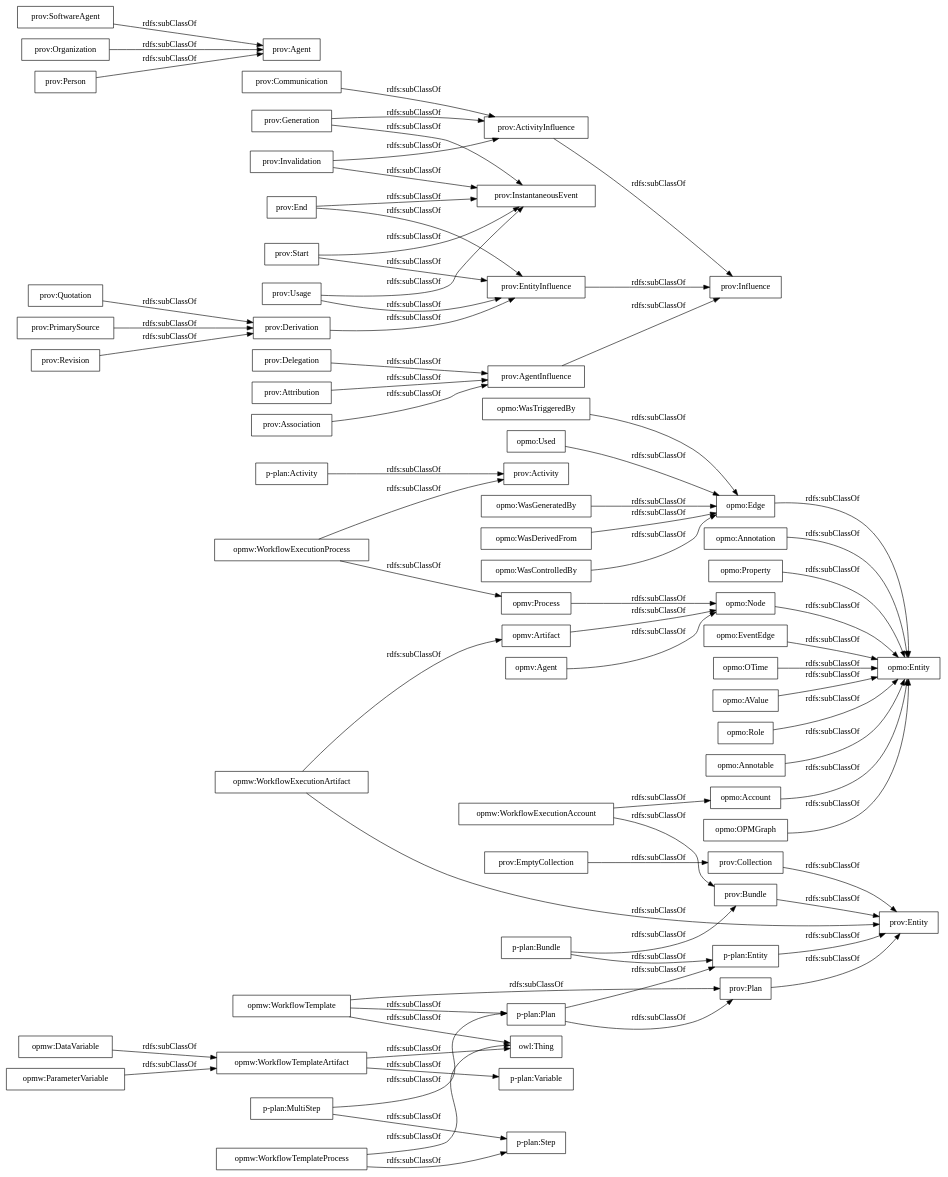
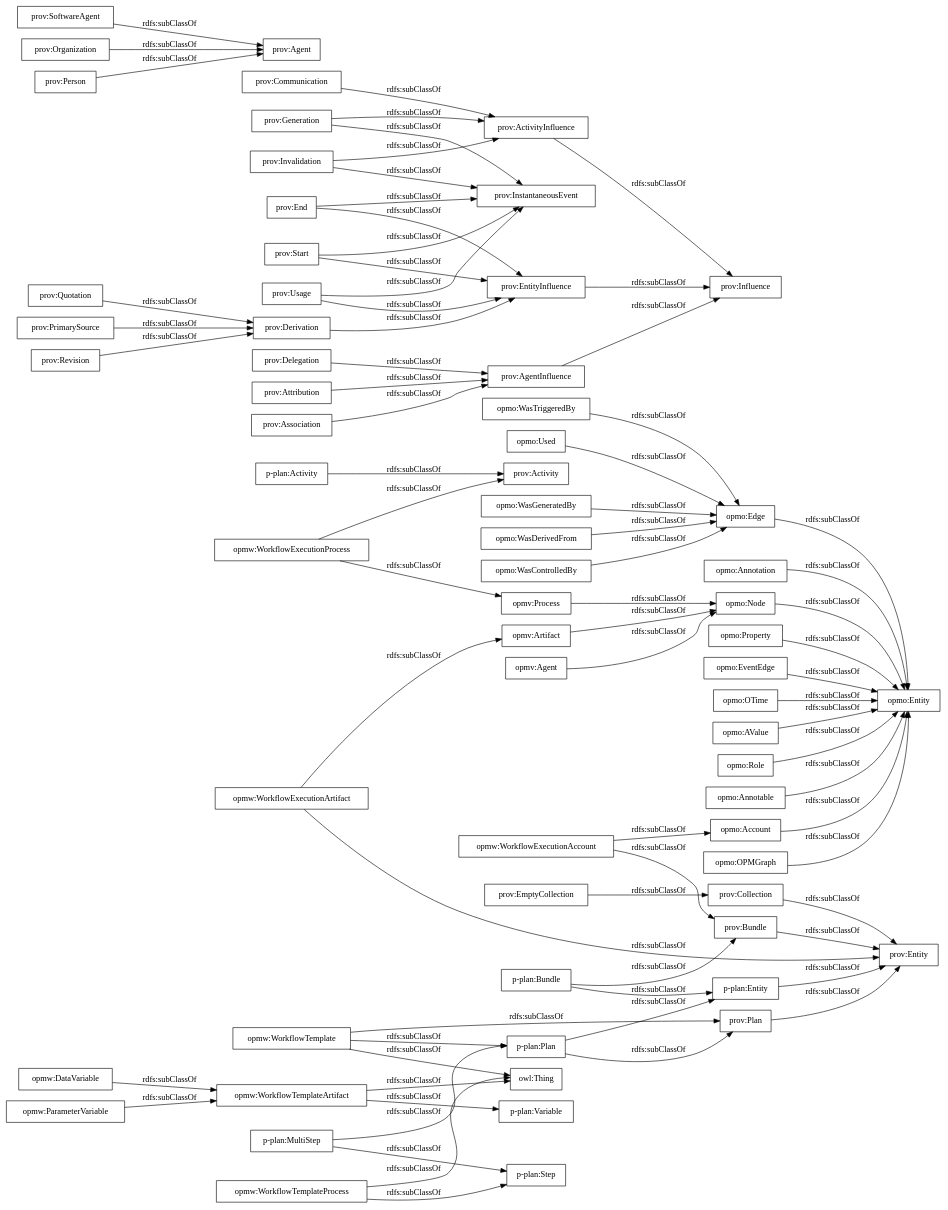
Before and after one commit to OnToologyUser/Vocabularies-1: the diagram in OnToology/OPMW/opmw3.1.owl/diagrams/ar2dtool-taxonomy/opmw3.1.owl.png.dot, drawn with Graphviz. The commit also changed 259 other files, not shown here.

```diff
--- a/OnToology/OPMW/opmw3.1.owl/diagrams/ar2dtool-taxonomy/opmw3.1.owl.png.dot
+++ b/OnToology/OPMW/opmw3.1.owl/diagrams/ar2dtool-taxonomy/opmw3.1.owl.png.dot
@@ -1,76 +1,76 @@
 digraph ar2dtool_diagram { 
 rankdir=LR;
 size="1000"
-node [shape = rectangle, color="black"]; "opmw:WorkflowExecutionAccount" "opmv:Process" "opmo:OPMGraph" "opmw:WorkflowTemplate" "opmw:DataVariable" "opmw:WorkflowTemplateArtifact" "opmw:WorkflowExecutionProcess" "opmw:ParameterVariable" "opmw:WorkflowExecutionArtifact" "opmw:WorkflowTemplateProcess" "opmo:Account" "opmv:Artifact" "p-plan:MultiStep" "p-plan:Activity" "p-plan:Step" "p-plan:Entity" "p-plan:Bundle" "prov:Bundle" "prov:Entity" "p-plan:Plan" "prov:Plan" "prov:Activity" "p-plan:Variable" "prov:Influence" "prov:End" "prov:Agent" "prov:Derivation" "prov:Quotation" "prov:Collection" "prov:InstantaneousEvent" "prov:Delegation" "prov:Invalidation" "prov:Usage" "prov:SoftwareAgent" "prov:Attribution" "prov:PrimarySource" "owl:Thing" "prov:ActivityInfluence" "prov:Organization" "prov:EmptyCollection" "prov:Revision" "prov:Communication" "prov:Association" "prov:Start" "prov:EntityInfluence" "prov:AgentInfluence" "prov:Generation" "prov:Person" "opmo:Annotation" "opmo:Property" "opmo:Edge" "opmo:EventEdge" "opmo:Used" "opmo:OTime" "opmo:WasGeneratedBy" "opmo:Node" "opmo:AValue" "opmo:Role" "opmo:Entity" "opmv:Agent" "opmo:WasDerivedFrom" "opmo:WasControlledBy" "opmo:Annotable" "opmo:WasTriggeredBy" ; /*classes style*/
+node [shape = rectangle, color="black"]; "opmw:WorkflowExecutionAccount" "opmv:Process" "opmo:OPMGraph" "opmw:WorkflowTemplate" "opmw:DataVariable" "opmw:WorkflowTemplateArtifact" "opmw:WorkflowExecutionProcess" "opmw:ParameterVariable" "opmw:WorkflowExecutionArtifact" "opmw:WorkflowTemplateProcess" "opmo:Account" "opmv:Artifact" "p-plan:MultiStep" "p-plan:Activity" "p-plan:Step" "p-plan:Entity" "p-plan:Bundle" "prov:Bundle" "prov:Entity" "p-plan:Plan" "prov:Plan" "prov:Activity" "p-plan:Variable" "prov:Influence" "prov:End" "prov:Agent" "prov:Derivation" "prov:Quotation" "prov:Collection" "prov:InstantaneousEvent" "prov:Delegation" "prov:Invalidation" "prov:Usage" "prov:SoftwareAgent" "prov:Attribution" "prov:PrimarySource" "owl:Thing" "prov:ActivityInfluence" "prov:Organization" "prov:EmptyCollection" "prov:Revision" "prov:Communication" "prov:Association" "prov:Start" "prov:EntityInfluence" "prov:AgentInfluence" "prov:Generation" "prov:Person" "opmo:Annotation" "opmo:Edge" "opmo:Property" "opmo:EventEdge" "opmo:Used" "opmo:OTime" "opmo:WasGeneratedBy" "opmo:Node" "opmo:AValue" "opmo:Role" "opmo:Entity" "opmv:Agent" "opmo:WasDerivedFrom" "opmo:WasControlledBy" "opmo:Annotable" "opmo:WasTriggeredBy" ; /*classes style*/
 	"prov:Plan" -> "prov:Entity" [ label = "rdfs:subClassOf" ];
 	"opmo:Annotation" -> "opmo:Entity" [ label = "rdfs:subClassOf" ];
 	"prov:Invalidation" -> "prov:ActivityInfluence" [ label = "rdfs:subClassOf" ];
 	"prov:Invalidation" -> "prov:InstantaneousEvent" [ label = "rdfs:subClassOf" ];
 	"prov:Quotation" -> "prov:Derivation" [ label = "rdfs:subClassOf" ];
 	"opmo:AValue" -> "opmo:Entity" [ label = "rdfs:subClassOf" ];
 	"prov:Communication" -> "prov:ActivityInfluence" [ label = "rdfs:subClassOf" ];
 	"prov:ActivityInfluence" -> "prov:Influence" [ label = "rdfs:subClassOf" ];
 	"opmw:WorkflowExecutionProcess" -> "prov:Activity" [ label = "rdfs:subClassOf" ];
 	"opmw:WorkflowExecutionProcess" -> "opmv:Process" [ label = "rdfs:subClassOf" ];
 	"opmo:Property" -> "opmo:Entity" [ label = "rdfs:subClassOf" ];
 	"opmo:WasGeneratedBy" -> "opmo:Edge" [ label = "rdfs:subClassOf" ];
 	"prov:SoftwareAgent" -> "prov:Agent" [ label = "rdfs:subClassOf" ];
 	"opmo:Annotable" -> "opmo:Entity" [ label = "rdfs:subClassOf" ];
 	"opmv:Artifact" -> "opmo:Node" [ label = "rdfs:subClassOf" ];
 	"prov:PrimarySource" -> "prov:Derivation" [ label = "rdfs:subClassOf" ];
 	"p-plan:Entity" -> "prov:Entity" [ label = "rdfs:subClassOf" ];
 	"opmw:WorkflowTemplate" -> "prov:Plan" [ label = "rdfs:subClassOf" ];
 	"opmw:WorkflowTemplate" -> "owl:Thing" [ label = "rdfs:subClassOf" ];
 	"opmw:WorkflowTemplate" -> "p-plan:Plan" [ label = "rdfs:subClassOf" ];
 	"opmo:WasDerivedFrom" -> "opmo:Edge" [ label = "rdfs:subClassOf" ];
 	"opmo:EventEdge" -> "opmo:Entity" [ label = "rdfs:subClassOf" ];
 	"prov:Attribution" -> "prov:AgentInfluence" [ label = "rdfs:subClassOf" ];
 	"p-plan:MultiStep" -> "p-plan:Step" [ label = "rdfs:subClassOf" ];
 	"p-plan:MultiStep" -> "p-plan:Plan" [ label = "rdfs:subClassOf" ];
 	"opmw:DataVariable" -> "opmw:WorkflowTemplateArtifact" [ label = "rdfs:subClassOf" ];
 	"prov:Delegation" -> "prov:AgentInfluence" [ label = "rdfs:subClassOf" ];
 	"prov:Derivation" -> "prov:EntityInfluence" [ label = "rdfs:subClassOf" ];
 	"prov:Association" -> "prov:AgentInfluence" [ label = "rdfs:subClassOf" ];
 	"prov:End" -> "prov:EntityInfluence" [ label = "rdfs:subClassOf" ];
 	"prov:End" -> "prov:InstantaneousEvent" [ label = "rdfs:subClassOf" ];
 	"prov:Usage" -> "prov:InstantaneousEvent" [ label = "rdfs:subClassOf" ];
 	"prov:Usage" -> "prov:EntityInfluence" [ label = "rdfs:subClassOf" ];
 	"prov:Collection" -> "prov:Entity" [ label = "rdfs:subClassOf" ];
 	"opmw:WorkflowTemplateProcess" -> "owl:Thing" [ label = "rdfs:subClassOf" ];
 	"opmw:WorkflowTemplateProcess" -> "p-plan:Step" [ label = "rdfs:subClassOf" ];
 	"prov:Bundle" -> "prov:Entity" [ label = "rdfs:subClassOf" ];
 	"opmw:ParameterVariable" -> "opmw:WorkflowTemplateArtifact" [ label = "rdfs:subClassOf" ];
 	"prov:Start" -> "prov:EntityInfluence" [ label = "rdfs:subClassOf" ];
 	"prov:Start" -> "prov:InstantaneousEvent" [ label = "rdfs:subClassOf" ];
 	"prov:EmptyCollection" -> "prov:Collection" [ label = "rdfs:subClassOf" ];
 	"prov:Revision" -> "prov:Derivation" [ label = "rdfs:subClassOf" ];
 	"p-plan:Activity" -> "prov:Activity" [ label = "rdfs:subClassOf" ];
 	"opmo:WasControlledBy" -> "opmo:Edge" [ label = "rdfs:subClassOf" ];
 	"prov:Organization" -> "prov:Agent" [ label = "rdfs:subClassOf" ];
 	"opmw:WorkflowTemplateArtifact" -> "owl:Thing" [ label = "rdfs:subClassOf" ];
 	"opmw:WorkflowTemplateArtifact" -> "p-plan:Variable" [ label = "rdfs:subClassOf" ];
 	"opmo:WasTriggeredBy" -> "opmo:Edge" [ label = "rdfs:subClassOf" ];
 	"prov:EntityInfluence" -> "prov:Influence" [ label = "rdfs:subClassOf" ];
 	"prov:Person" -> "prov:Agent" [ label = "rdfs:subClassOf" ];
 	"opmv:Agent" -> "opmo:Node" [ label = "rdfs:subClassOf" ];
 	"opmo:Edge" -> "opmo:Entity" [ label = "rdfs:subClassOf" ];
 	"prov:AgentInfluence" -> "prov:Influence" [ label = "rdfs:subClassOf" ];
 	"opmo:Used" -> "opmo:Edge" [ label = "rdfs:subClassOf" ];
 	"opmo:OTime" -> "opmo:Entity" [ label = "rdfs:subClassOf" ];
 	"opmv:Process" -> "opmo:Node" [ label = "rdfs:subClassOf" ];
 	"prov:Generation" -> "prov:ActivityInfluence" [ label = "rdfs:subClassOf" ];
 	"prov:Generation" -> "prov:InstantaneousEvent" [ label = "rdfs:subClassOf" ];
 	"opmo:Role" -> "opmo:Entity" [ label = "rdfs:subClassOf" ];
 	"p-plan:Plan" -> "prov:Plan" [ label = "rdfs:subClassOf" ];
 	"p-plan:Plan" -> "p-plan:Entity" [ label = "rdfs:subClassOf" ];
 	"opmw:WorkflowExecutionArtifact" -> "prov:Entity" [ label = "rdfs:subClassOf" ];
 	"opmw:WorkflowExecutionArtifact" -> "opmv:Artifact" [ label = "rdfs:subClassOf" ];
 	"opmw:WorkflowExecutionAccount" -> "prov:Bundle" [ label = "rdfs:subClassOf" ];
 	"opmw:WorkflowExecutionAccount" -> "opmo:Account" [ label = "rdfs:subClassOf" ];
 	"opmo:Node" -> "opmo:Entity" [ label = "rdfs:subClassOf" ];
 	"p-plan:Bundle" -> "prov:Bundle" [ label = "rdfs:subClassOf" ];
 	"p-plan:Bundle" -> "p-plan:Entity" [ label = "rdfs:subClassOf" ];
 	"opmo:OPMGraph" -> "opmo:Entity" [ label = "rdfs:subClassOf" ];
 	"opmo:Account" -> "opmo:Entity" [ label = "rdfs:subClassOf" ];
 
 }
```
